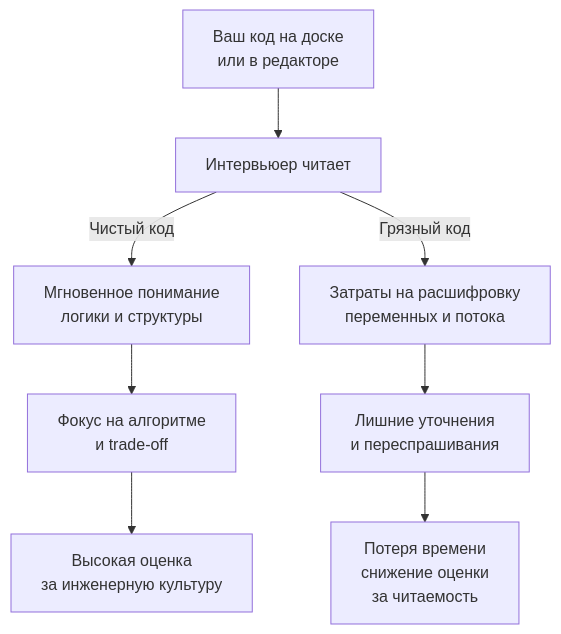
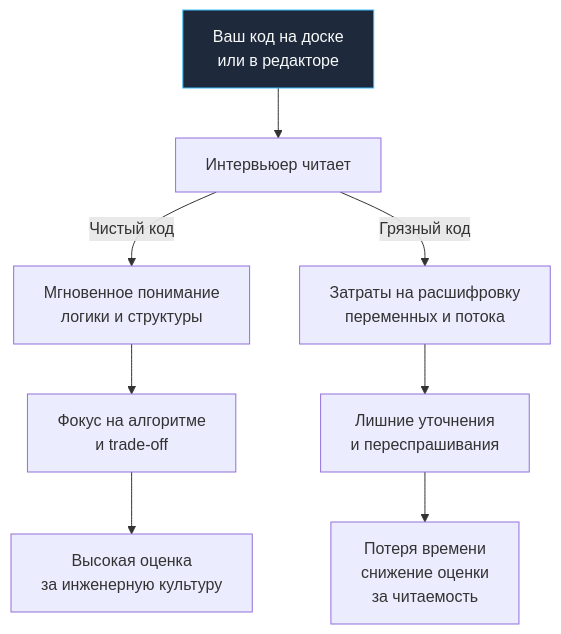
The diagram in sources/21. Задачи с LeetCode и собеседований на Go/01. Теория/25. Чистый код на Go на интервью.md (UnrealTemplier/go-textbook), drawn with Mermaid before and after one commit. The commit also changed 1666 other files, not shown here.

First line of the commit message:
feat(mermaid): add semantic color classDef to 1369 colorless flowchart/graph diagrams

````diff
--- a/sources/21. Задачи с LeetCode и собеседований на Go/01. Теория/25. Чистый код на Go на интервью.md
+++ b/sources/21. Задачи с LeetCode и собеседований на Go/01. Теория/25. Чистый код на Go на интервью.md
@@ -16,11 +16,21 @@
 ```mermaid
 flowchart TD
-    Code["Ваш код на доске<br>или в редакторе"] --> Interviewer["Интервьюер читает"]
+    classDef process  fill:#1e293b,stroke:#38bdf8,stroke-width:1px,color:#f8fafc
+    classDef success  fill:#064e3b,stroke:#34d399,stroke-width:1px,color:#f8fafc
+    classDef error    fill:#7f1d1d,stroke:#f87171,stroke-width:1px,color:#f8fafc
+    classDef warning  fill:#78350f,stroke:#fbbf24,stroke-width:1px,color:#f8fafc
+    classDef entry    fill:#1e3a5f,stroke:#38bdf8,stroke-width:2px,color:#f8fafc
+    classDef aux      fill:#334155,stroke:#64748b,stroke-width:1px,color:#f8fafc
+    classDef system   fill:#312e81,stroke:#a78bfa,stroke-width:1px,color:#f8fafc
+    classDef data     fill:#132d29,stroke:#2dd4bf,stroke-width:1px,color:#f8fafc
+    classDef network  fill:#881337,stroke:#fb7185,stroke-width:1px,color:#f8fafc
+    classDef accent   fill:#1e1b4b,stroke:#818cf8,stroke-width:1px,color:#f8fafc
+    Code["Ваш код на доске<br>или в редакторе"]:::process --> Interviewer["Интервьюер читает"]
     Interviewer -->|"Чистый код"| Fast["Мгновенное понимание<br>логики и структуры"]
     Fast --> Focus["Фокус на алгоритме<br>и trade-off"]
     Focus --> Result1["Высокая оценка<br>за инженерную культуру"]
     
     Interviewer -->|"Грязный код"| Slow["Затраты на расшифровку<br>переменных и потока"]
     Slow --> Questions["Лишние уточнения<br>и переспрашивания"]
     Questions --> Result2["Потеря времени<br>снижение оценки<br>за читаемость"]
 ```
````
